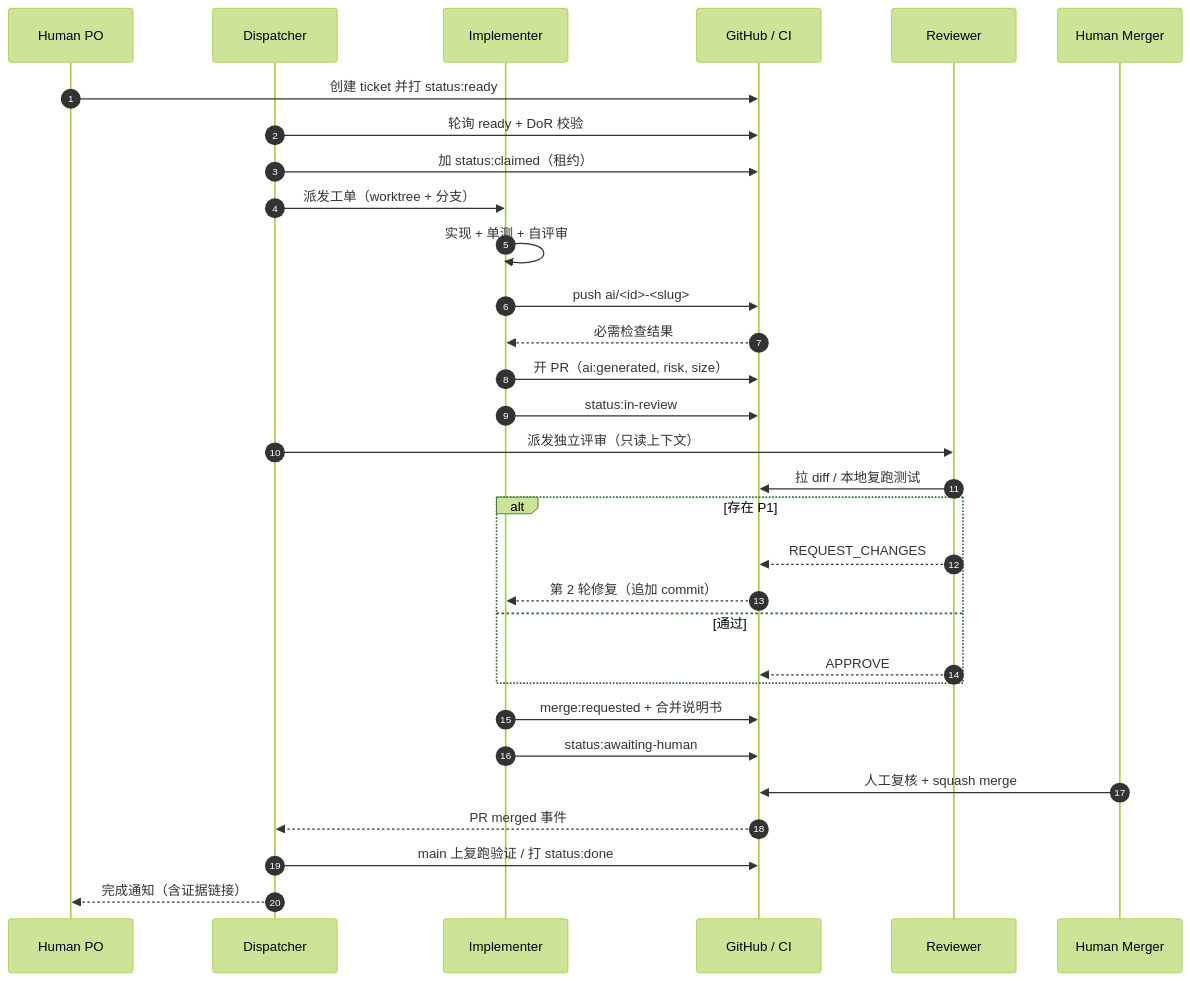
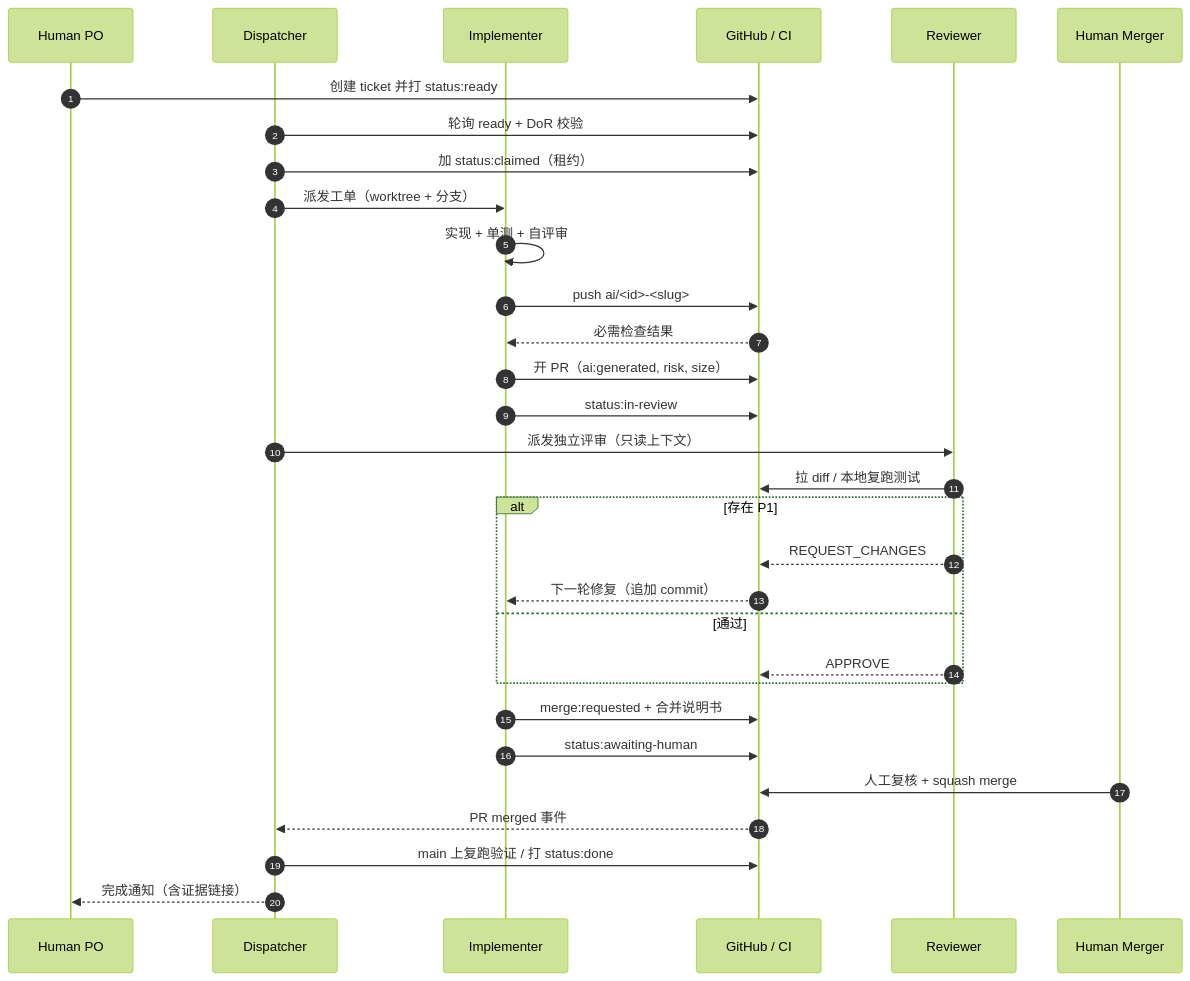
One commit to zyc666jdi/MarketUS-iOS changed the second of 2 diagrams in docs/agent-workflow.md. Above: the diagram before and after it, drawn with Mermaid (forest theme). The commit also changed other lines of this file and 8 other files, not shown here.

````diff
--- a/docs/agent-workflow.md
+++ b/docs/agent-workflow.md
@@ -73,34 +73,34 @@
 ```mermaid
 sequenceDiagram
     autonumber
     participant H as Human PO
     participant D as Dispatcher
     participant I as Implementer
     participant G as GitHub / CI
     participant R as Reviewer
     participant M as Human Merger
 
     H->>G: 创建 ticket 并打 status:ready
     D->>G: 轮询 ready + DoR 校验
     D->>G: 加 status:claimed（租约）
     D->>I: 派发工单（worktree + 分支）
     I->>I: 实现 + 单测 + 自评审
     I->>G: push ai/<id>-<slug>
     G-->>I: 必需检查结果
     I->>G: 开 PR（ai:generated, risk, size）
     I->>G: status:in-review
     D->>R: 派发独立评审（只读上下文）
     R->>G: 拉 diff / 本地复跑测试
     alt 存在 P1
         R-->>G: REQUEST_CHANGES
-        G-->>I: 第 2 轮修复（追加 commit）
+        G-->>I: 下一轮修复（追加 commit）
     else 通过
         R-->>G: APPROVE
     end
     I->>G: merge:requested + 合并说明书
     I->>G: status:awaiting-human
     M->>G: 人工复核 + squash merge
     G-->>D: PR merged 事件
     D->>G: main 上复跑验证 / 打 status:done
     D-->>H: 完成通知（含证据链接）
 ```
````
